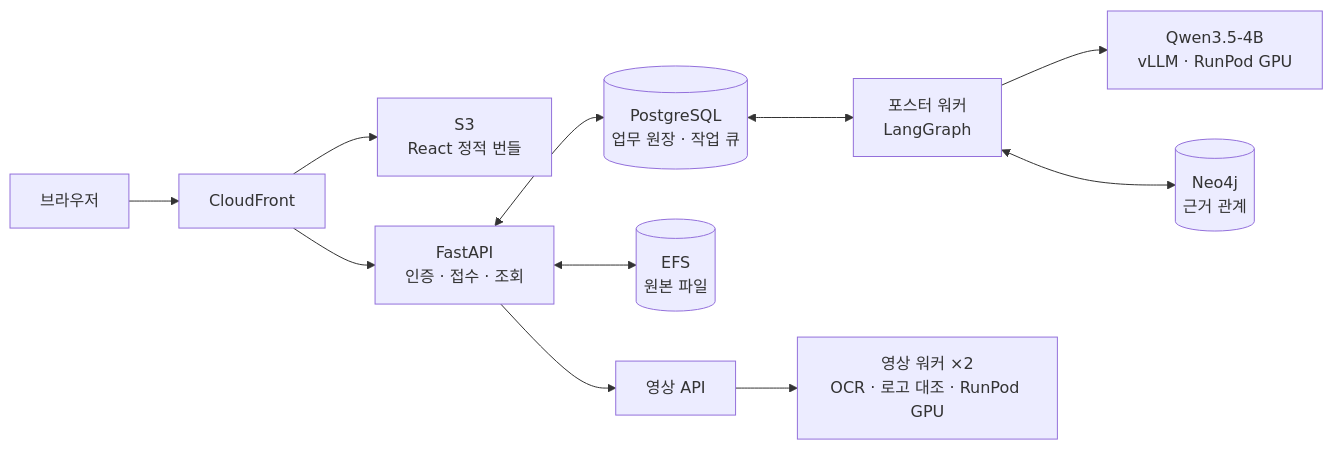
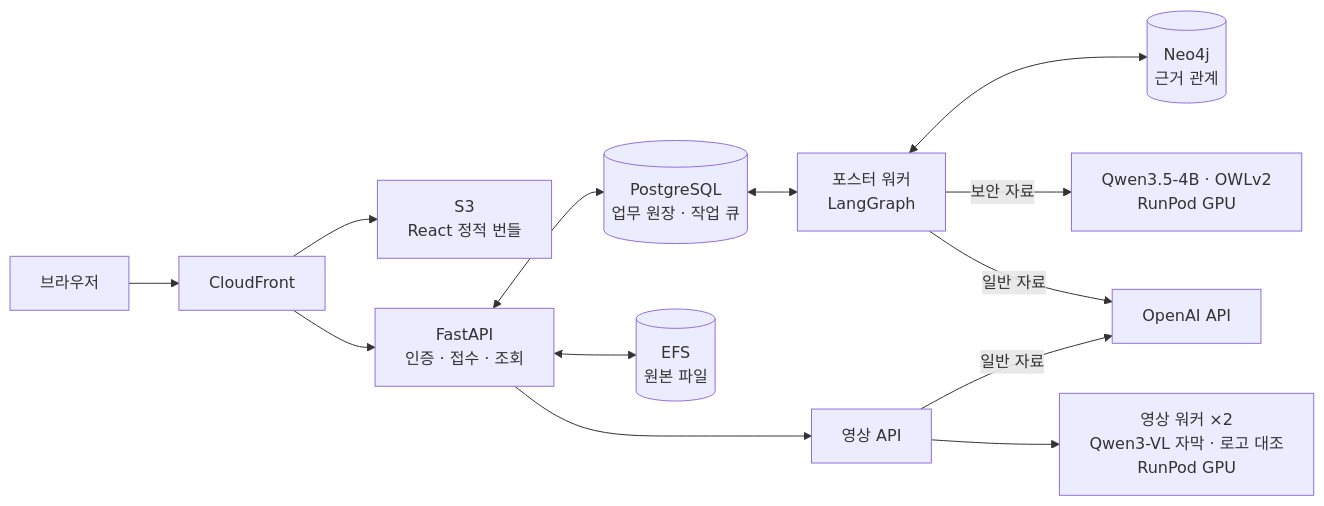
Before and after one commit to 20260528-skn-family-ai-33/SKN33-Final-1Team: the second of 2 diagrams in README.md, drawn with Mermaid. The commit also changed other lines of this file and 7 other files, not shown here.

````diff
--- a/README.md
+++ b/README.md
@@ -146,13 +172,15 @@
 ```mermaid
 flowchart LR
     U["브라우저"] --> CF["CloudFront"]
     CF --> S3["S3<br/>React 정적 번들"]
     CF --> API["FastAPI<br/>인증 · 접수 · 조회"]
     API <--> PG[("PostgreSQL<br/>업무 원장 · 작업 큐")]
     API <--> FS[("EFS<br/>원본 파일")]
     PG <--> W["포스터 워커<br/>LangGraph"]
-    W --> Q["Qwen3.5-4B<br/>vLLM · RunPod GPU"]
     W <--> N[("Neo4j<br/>근거 관계")]
+    W -->|보안 자료| Q["Qwen3.5-4B · OWLv2<br/>RunPod GPU"]
+    W -->|일반 자료| O["OpenAI API"]
     API --> VA["영상 API"]
-    VA --> VW["영상 워커 ×2<br/>OCR · 로고 대조 · RunPod GPU"]
+    VA --> VW["영상 워커 ×2<br/>Qwen3-VL 자막 · 로고 대조<br/>RunPod GPU"]
+    VA -->|일반 자료| O
 ```
````
